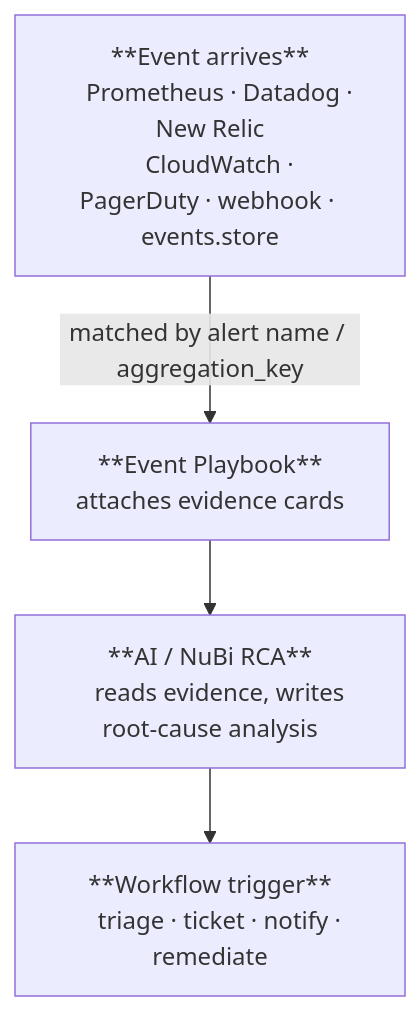
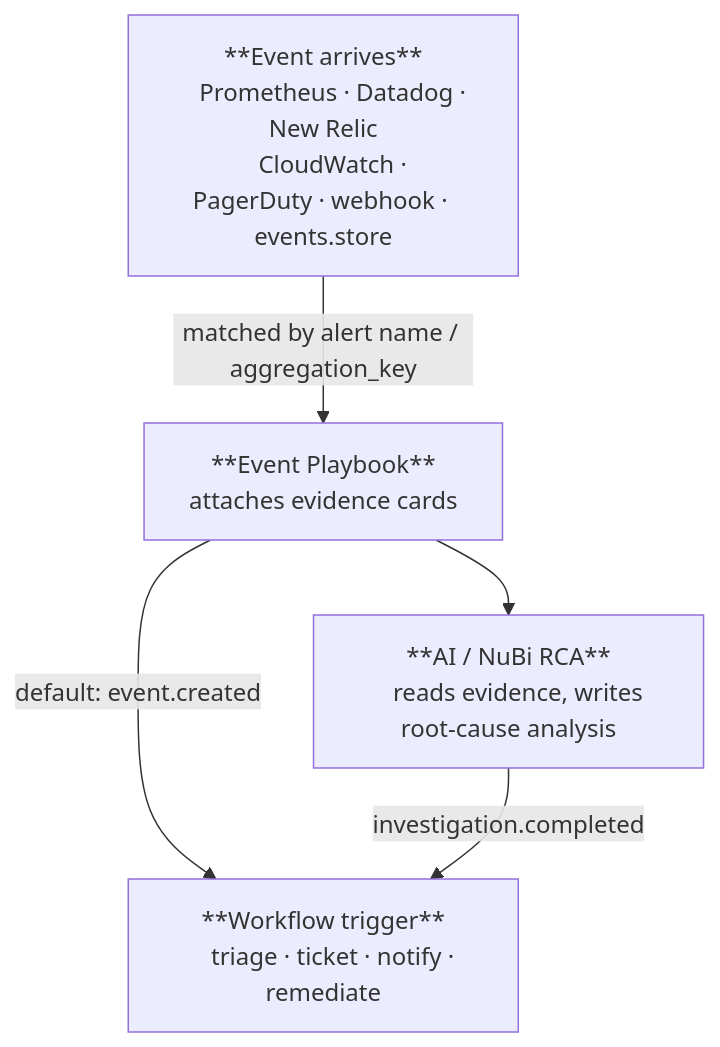
Before and after one commit to nudgebee/nudgebee-docs: the diagram in doc-server/docs/features/troubleshooting/event-playbooks-vs-workflows.md, drawn with Mermaid. The commit also changed other lines of this file and 129 other files, not shown here.

````diff
--- a/doc-server/docs/features/troubleshooting/event-playbooks-vs-workflows.md
+++ b/doc-server/docs/features/troubleshooting/event-playbooks-vs-workflows.md
@@ -81,12 +81,13 @@
 ```mermaid
 flowchart TD
     A["**Event arrives**
     Prometheus · Datadog · New Relic
     CloudWatch · PagerDuty · webhook · events.store"]
     A -->|matched by alert name / aggregation_key| B["**Event Playbook**
     attaches evidence cards"]
     B --> C["**AI / NuBi RCA**
     reads evidence, writes root-cause analysis"]
-    C --> D["**Workflow trigger**
+    B -->|default: event.created| D["**Workflow trigger**
     triage · ticket · notify · remediate"]
+    C -->|investigation.completed| D
 ```
````
